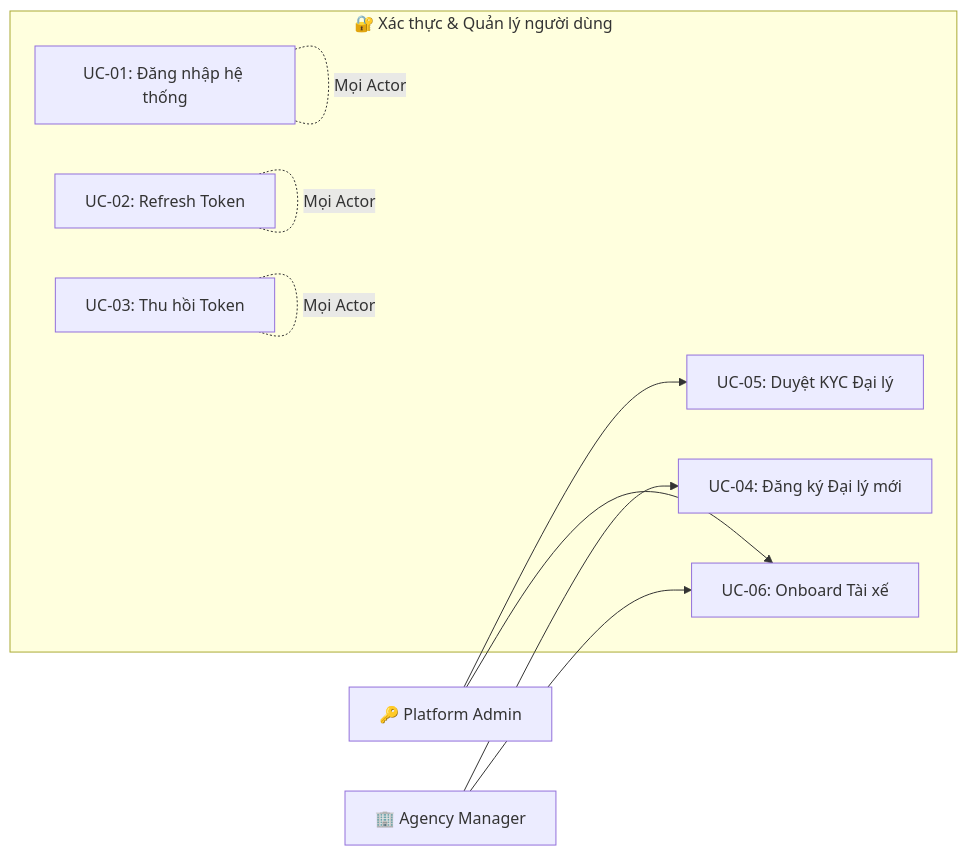
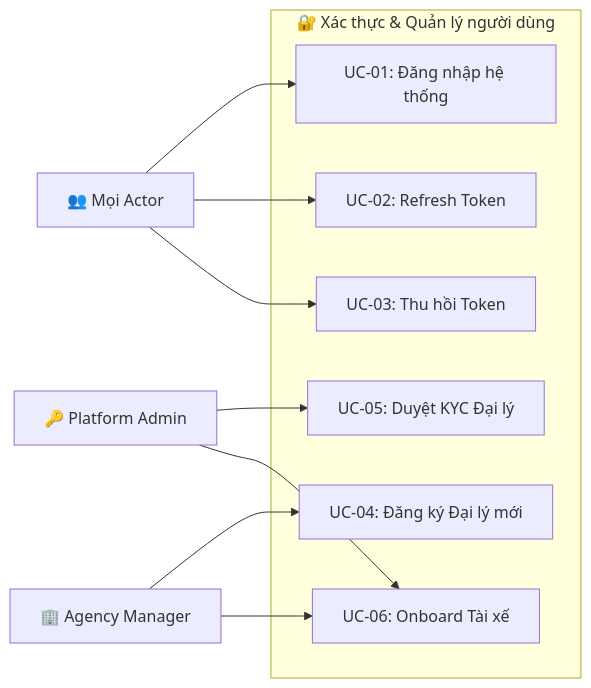
Before and after one commit to thanh-16/B2B_Tour: the second of 13 diagrams in docs/use_case_diagram.md, drawn with Mermaid. The commit also changed 18 other files, not shown here.

````diff
--- a/docs/use_case_diagram.md
+++ b/docs/use_case_diagram.md
@@ -26,20 +26,20 @@
 ```mermaid
 graph LR
     subgraph UC_Auth["🔐 Xác thực & Quản lý người dùng"]
         UC1["UC-01: Đăng nhập hệ thống"]
         UC2["UC-02: Refresh Token"]
         UC3["UC-03: Thu hồi Token"]
         UC4["UC-04: Đăng ký Đại lý mới"]
         UC5["UC-05: Duyệt KYC Đại lý"]
         UC6["UC-06: Onboard Tài xế"]
     end
 
     PA["🔑 Platform Admin"] --> UC5
     PA --> UC6
     AM["🏢 Agency Manager"] --> UC4
     AM --> UC6
 
-    UC1 -.- |"Mọi Actor"| UC1
-    UC2 -.- |"Mọi Actor"| UC2
-    UC3 -.- |"Mọi Actor"| UC3
+    ALL["👥 Mọi Actor"] --> UC1
+    ALL --> UC2
+    ALL --> UC3
 ```
````
